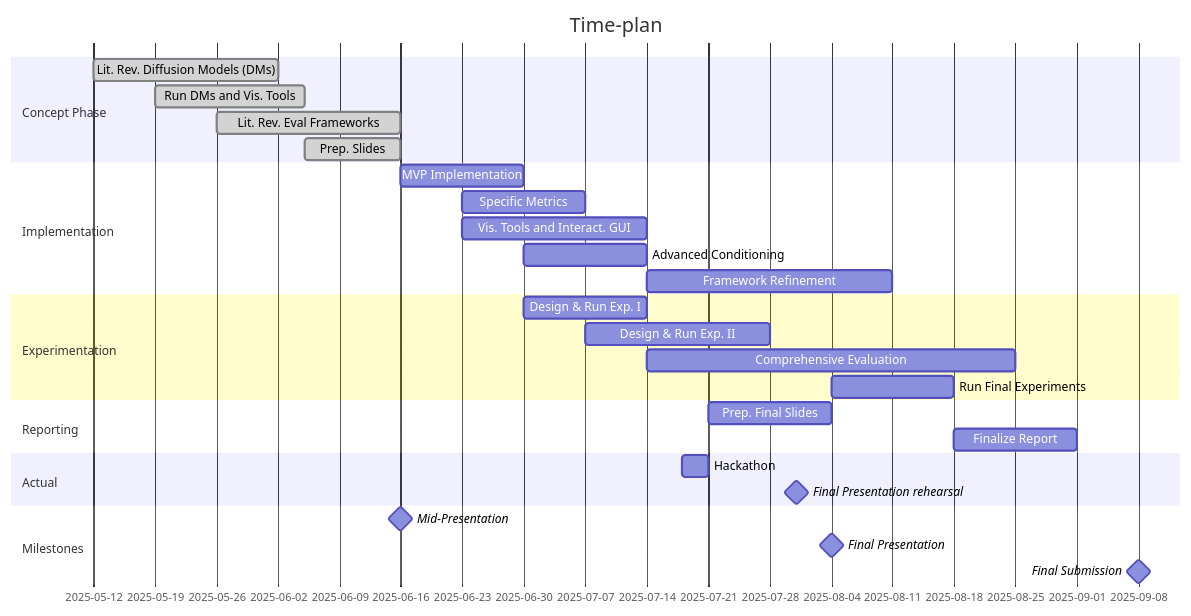
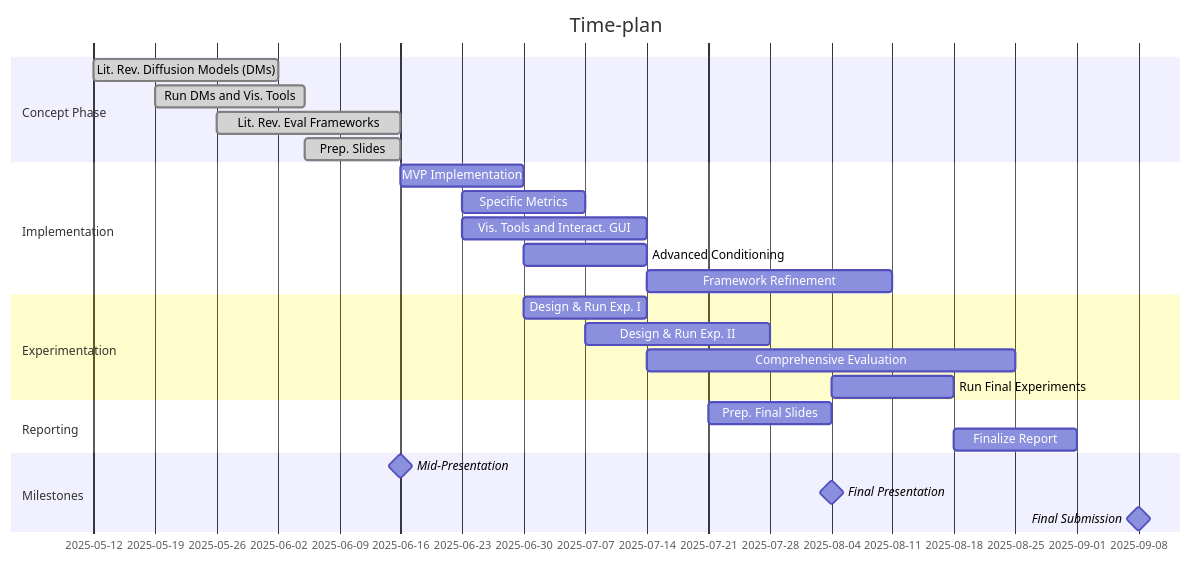
One commit to buma13/DMCAF changed the diagram in README.md. Above: the diagram before and after it, drawn with Mermaid. The commit also changed other lines of this file and 10 other files, not shown here.

````diff
--- a/README.md
+++ b/README.md
@@ -31,39 +25,35 @@
 ```mermaid
 gantt
     title Time-plan
     dateFormat  YYYY-MM-DD
     tickInterval 1week
     weekday monday
 
     section Concept Phase
         Lit. Rev. Diffusion Models (DMs) : done, c1, 2025-05-12, 3w
         Run DMs and Vis. Tools : done, c2, 2025-05-19, 17d
         Lit. Rev. Eval Frameworks: done, c3, 2025-05-26, 3w
         Prep. Slides: done, R1, 2025-06-05, 11d
 
     section Implementation
         MVP Implementation: i1, after m1, 2w
         Specific Metrics: i2, 2025-06-23, 2w
         Vis. Tools and Interact. GUI: i4, 2025-06-23, 3w
         Advanced Conditioning: i3,  2025-06-30, 2w
         Framework Refinement: i5, after i3, 4w
 
     section Experimentation
         Design & Run Exp. I: ex1, 2025-06-30 ,2w
         Design & Run Exp. II: ex2, 2025-07-07 ,3w
         Comprehensive Evaluation: wp6, 2025-07-14, 6w
         Run Final Experiments: ex3, after m2 ,2w
 
     section Reporting
         Prep. Final Slides: r1, 2025-07-21, 2w
         Finalize Report: r2, 2025-08-18, 2w
 
-    section Actual
-        Hackathon: h1, 2025-07-18, 3d
-        Final Presentation rehearsal: milestone, m3, 2025-07-31, 0d
-
     section Milestones
         Mid-Presentation: milestone, m1, 2025-06-16, 0d
         Final Presentation: milestone, m2, 2025-08-04, 0d
         Final Submission: milestone, m3, 2025-09-08, 0d
 ```
````
